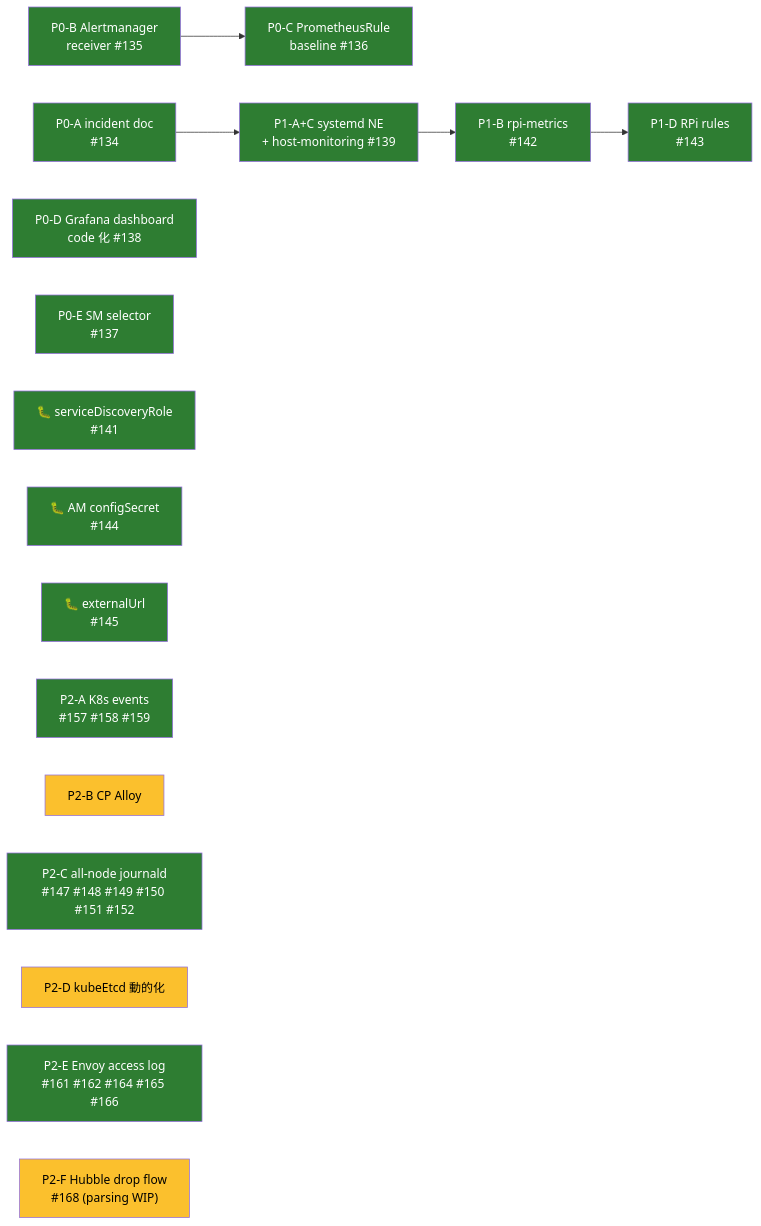
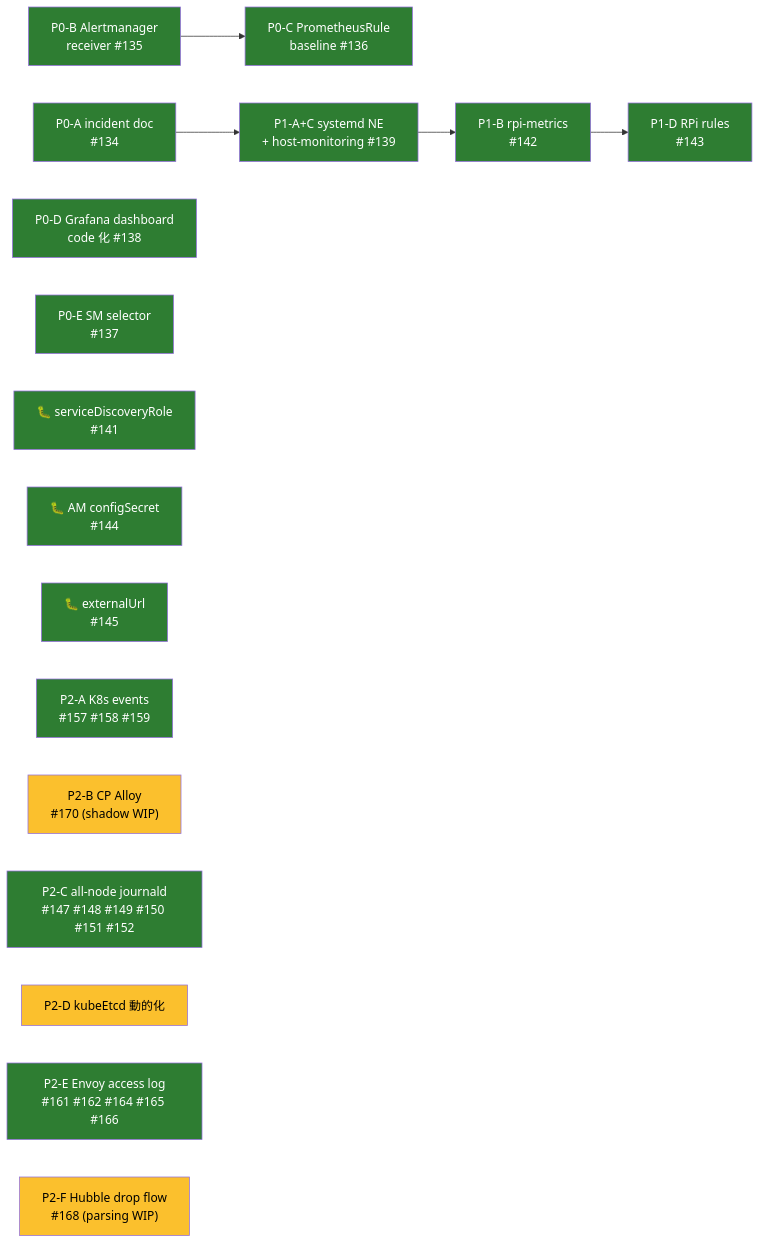
One commit to bright-room/br-cluster changed the diagram in docs/observability-plan.md. Above: the diagram before and after it, drawn with Mermaid. The commit also changed other lines of this file, not shown here.

First line of the commit message:
docs(observability): P2-B phase 1 (br-node2 shadow) 稼働開始を反映

````diff
--- a/docs/observability-plan.md
+++ b/docs/observability-plan.md
@@ -19,31 +19,31 @@
 ```mermaid
 flowchart LR
   classDef done fill:#2e7d32,color:#fff
   classDef p2 fill:#fbc02d,color:#000
   classDef p3 fill:#9e9e9e,color:#fff
 
   P0A["P0-A incident doc<br/>#134"]:::done
   P0B["P0-B Alertmanager<br/>receiver #135"]:::done
   P0C["P0-C PrometheusRule<br/>baseline #136"]:::done
   P0D["P0-D Grafana dashboard<br/>code 化 #138"]:::done
   P0E["P0-E SM selector<br/>#137"]:::done
   P0F["🐛 serviceDiscoveryRole<br/>#141"]:::done
 
   P1AC["P1-A+C systemd NE<br/>+ host-monitoring #139"]:::done
   P1B["P1-B rpi-metrics<br/>#142"]:::done
   P1D["P1-D RPi rules<br/>#143"]:::done
   P1F["🐛 AM configSecret<br/>#144"]:::done
   P1G["🐛 externalUrl<br/>#145"]:::done
 
   P2A["P2-A K8s events<br/>#157 #158 #159"]:::done
-  P2B["P2-B CP Alloy"]:::p2
+  P2B["P2-B CP Alloy<br/>#170 (shadow WIP)"]:::p2
   P2C["P2-C all-node journald<br/>#147 #148 #149 #150 #151 #152"]:::done
   P2D["P2-D kubeEtcd 動的化"]:::p2
   P2E["P2-E Envoy access log<br/>#161 #162 #164 #165 #166"]:::done
   P2F["P2-F Hubble drop flow<br/>#168 (parsing WIP)"]:::p2
 
   P0A --> P1AC
   P0B --> P0C
   P1AC --> P1B
   P1B --> P1D
 ```
````
